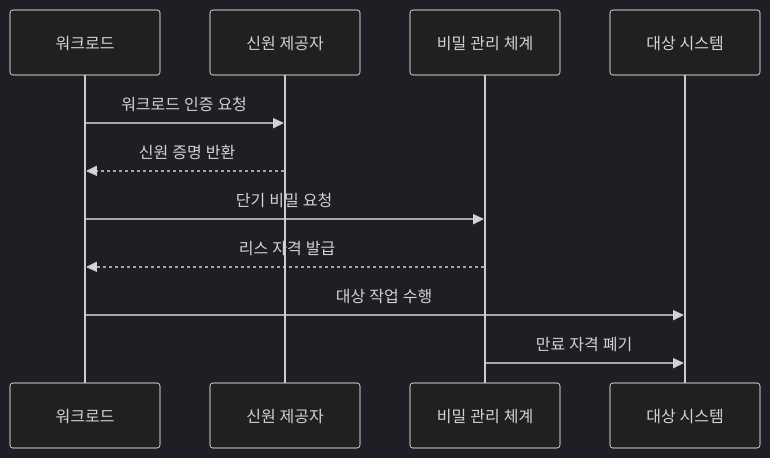
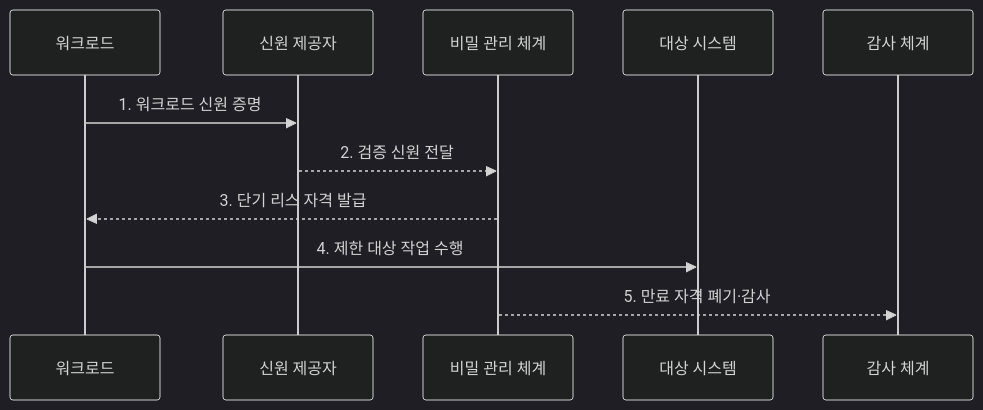
The second of 2 diagrams in src/content/docs/notes/05-security/077_secrets_management_vault_aws_secrets.md (agnusdei1207/knowledge-base), drawn with Mermaid (dark theme) before and after one commit. The commit also changed other lines of this file and 8 other files, not shown here.

````diff
--- a/src/content/docs/notes/05-security/077_secrets_management_vault_aws_secrets.md
+++ b/src/content/docs/notes/05-security/077_secrets_management_vault_aws_secrets.md
@@ -88,13 +85,13 @@
 ```mermaid
 sequenceDiagram
     participant W as 워크로드
     participant I as 신원 제공자
     participant S as 비밀 관리 체계
     participant T as 대상 시스템
-    W->>I: 워크로드 인증 요청
-    I-->>W: 신원 증명 반환
-    W->>S: 단기 비밀 요청
-    S-->>W: 리스 자격 발급
-    W->>T: 대상 작업 수행
-    S->>T: 만료 자격 폐기
+    participant A as 감사 체계
+    W->>I: 1. 워크로드 신원 증명
+    I-->>S: 2. 검증 신원 전달
+    S-->>W: 3. 단기 리스 자격 발급
+    W->>T: 4. 제한 대상 작업 수행
+    S-->>A: 5. 만료 자격 폐기·감사
 ```
````
